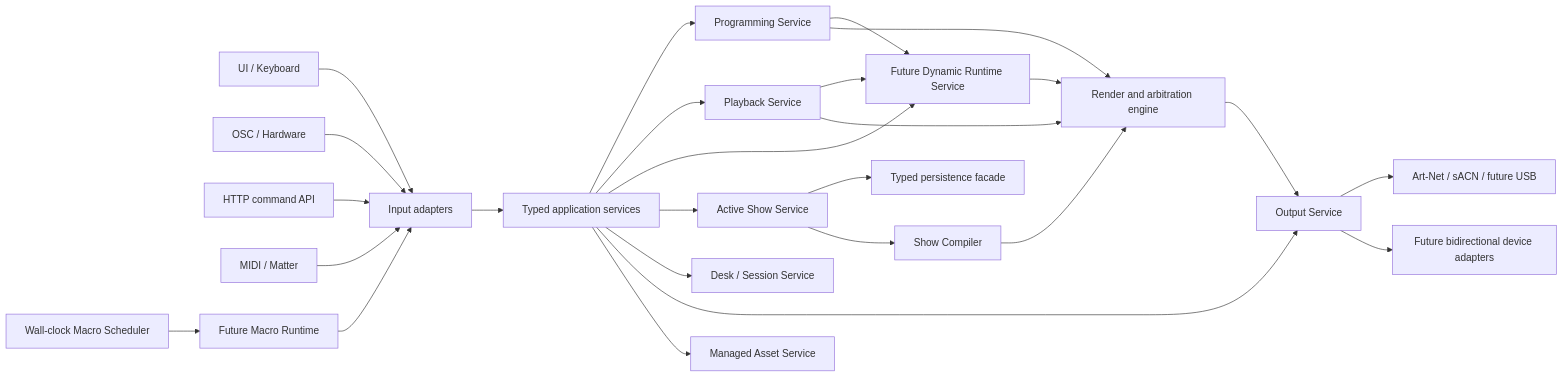
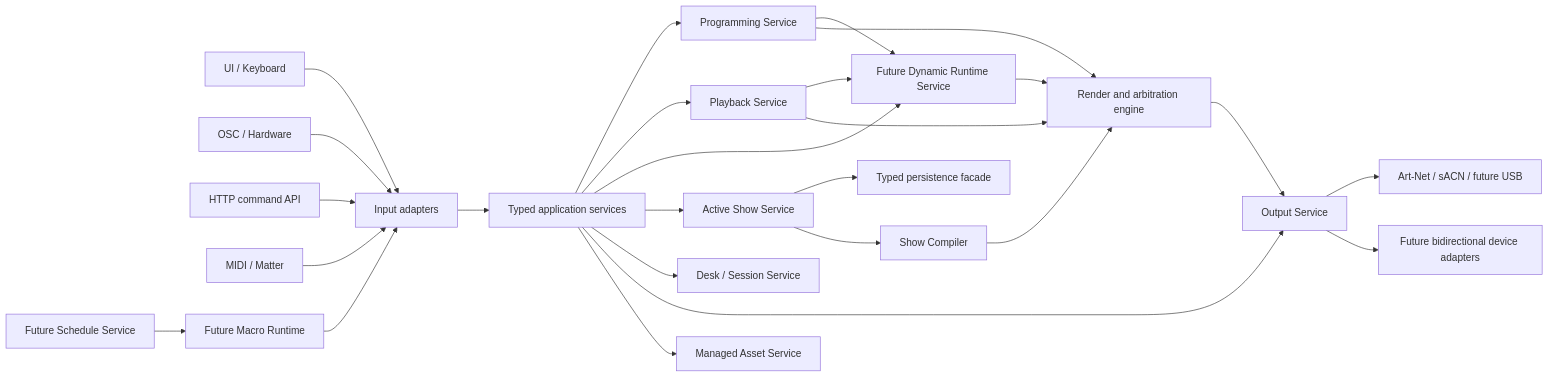
The first of 3 diagrams in docs/plans/major-refactoring.md (kellertobias/tosklight), drawn with Mermaid before and after one commit. The commit also changed other lines of this file and 9 other files, not shown here.

````diff
--- a/docs/plans/major-refactoring.md
+++ b/docs/plans/major-refactoring.md
@@ -16,32 +16,32 @@
 ```mermaid
 flowchart LR
   UI["UI / Keyboard"] --> ADAPTERS["Input adapters"]
   OSC["OSC / Hardware"] --> ADAPTERS
   HTTP["HTTP command API"] --> ADAPTERS
   MIDI["MIDI / Matter"] --> ADAPTERS
   MACRO["Future Macro Runtime"] --> ADAPTERS
-  SCHEDULE["Wall-clock Macro Scheduler"] --> MACRO
+  SCHEDULE["Future Schedule Service"] --> MACRO
 
   ADAPTERS --> APP["Typed application services"]
 
   APP --> PROG["Programming Service"]
   APP --> PLAY["Playback Service"]
   APP --> DYNAMIC["Future Dynamic Runtime Service"]
   APP --> SHOW["Active Show Service"]
   APP --> DESK["Desk / Session Service"]
   APP --> OUTPUT["Output Service"]
   APP --> ASSETS["Managed Asset Service"]
 
   SHOW --> STORE["Typed persistence facade"]
   SHOW --> COMPILER["Show Compiler"]
   PROG --> DYNAMIC
   PLAY --> DYNAMIC
   COMPILER --> ENGINE["Render and arbitration engine"]
   PROG --> ENGINE
   PLAY --> ENGINE
   DYNAMIC --> ENGINE
   ENGINE --> OUTPUT
 
   OUTPUT --> DMX["Art-Net / sACN / future USB"]
   OUTPUT --> DEVICE["Future bidirectional device adapters"]
 ```
````
